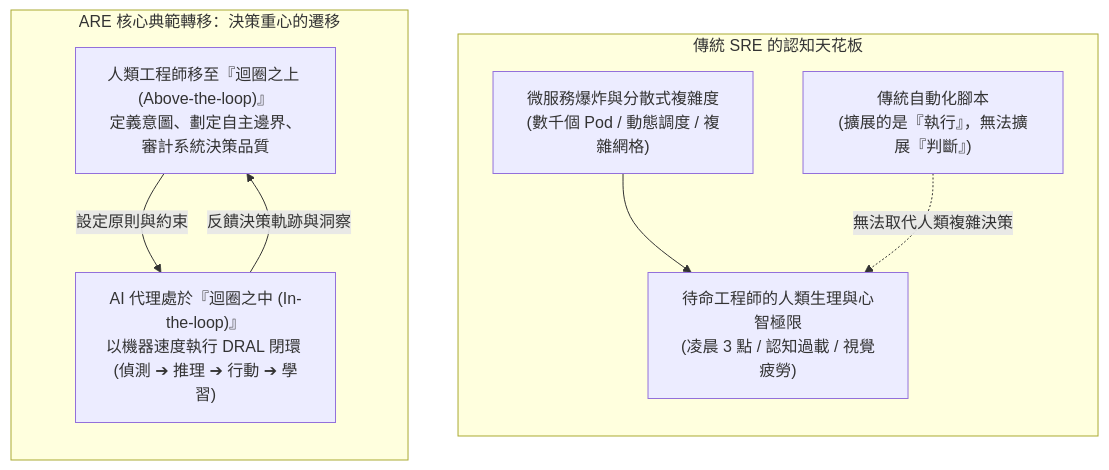
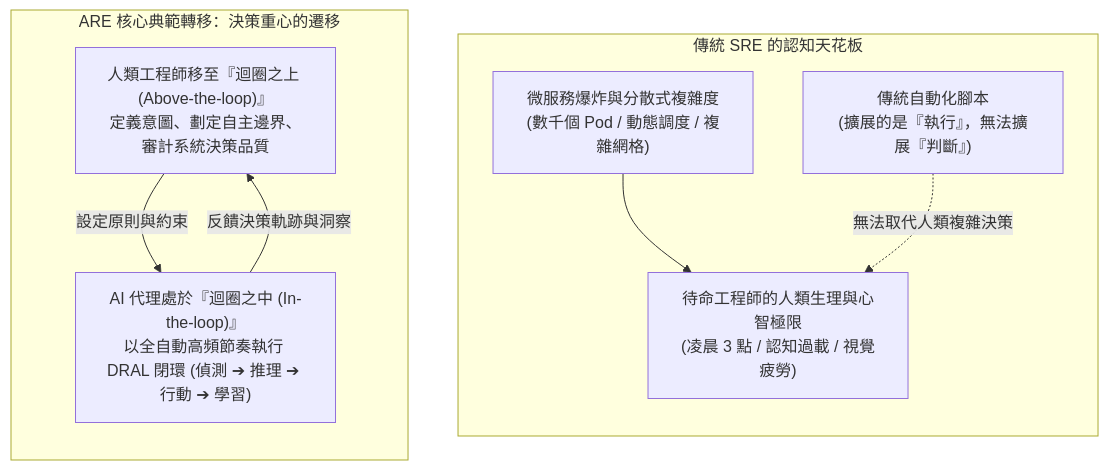
Before and after one commit to tedmax100/agentic-ai-for-pe: the first of 3 diagrams in zh/ch04_ex.md, drawn with Mermaid. The commit also changed 6 other files, not shown here.

````diff
--- a/zh/ch04_ex.md
+++ b/zh/ch04_ex.md
@@ -24,19 +24,19 @@
 ```mermaid
 flowchart TD
     subgraph TraditionalCeiling["傳統 SRE 的認知天花板"]
         direction TB
         Scale["微服務爆炸與分散式複雜度<br/>(數千個 Pod / 動態調度 / 複雜網格)"]
         HumanLimit["待命工程師的人類生理與心智極限<br/>(凌晨 3 點 / 認知過載 / 視覺疲勞)"]
         OldAuto["傳統自動化腳本<br/>(擴展的是『執行』，無法擴展『判斷』)"]
         Scale --> HumanLimit
         OldAuto -.->|無法取代人類複雜決策| HumanLimit
     end
 
     subgraph AREShift["ARE 核心典範轉移：決策重心的遷移"]
         direction TB
         HumanRole["人類工程師移至『迴圈之上 (Above-the-loop)』<br/>定義意圖、劃定自主邊界、審計系統決策品質"]
-        AgentCore["AI 代理處於『迴圈之中 (In-the-loop)』<br/>以機器速度執行 DRAL 閉環 (偵測 ➔ 推理 ➔ 行動 ➔ 學習)"]
+        AgentCore["AI 代理處於『迴圈之中 (In-the-loop)』<br/>以全自動高頻節奏執行 DRAL 閉環 (偵測 ➔ 推理 ➔ 行動 ➔ 學習)"]
         HumanRole -->|設定原則與約束| AgentCore
         AgentCore -->|反饋決策軌跡與洞察| HumanRole
     end
 ```
````
